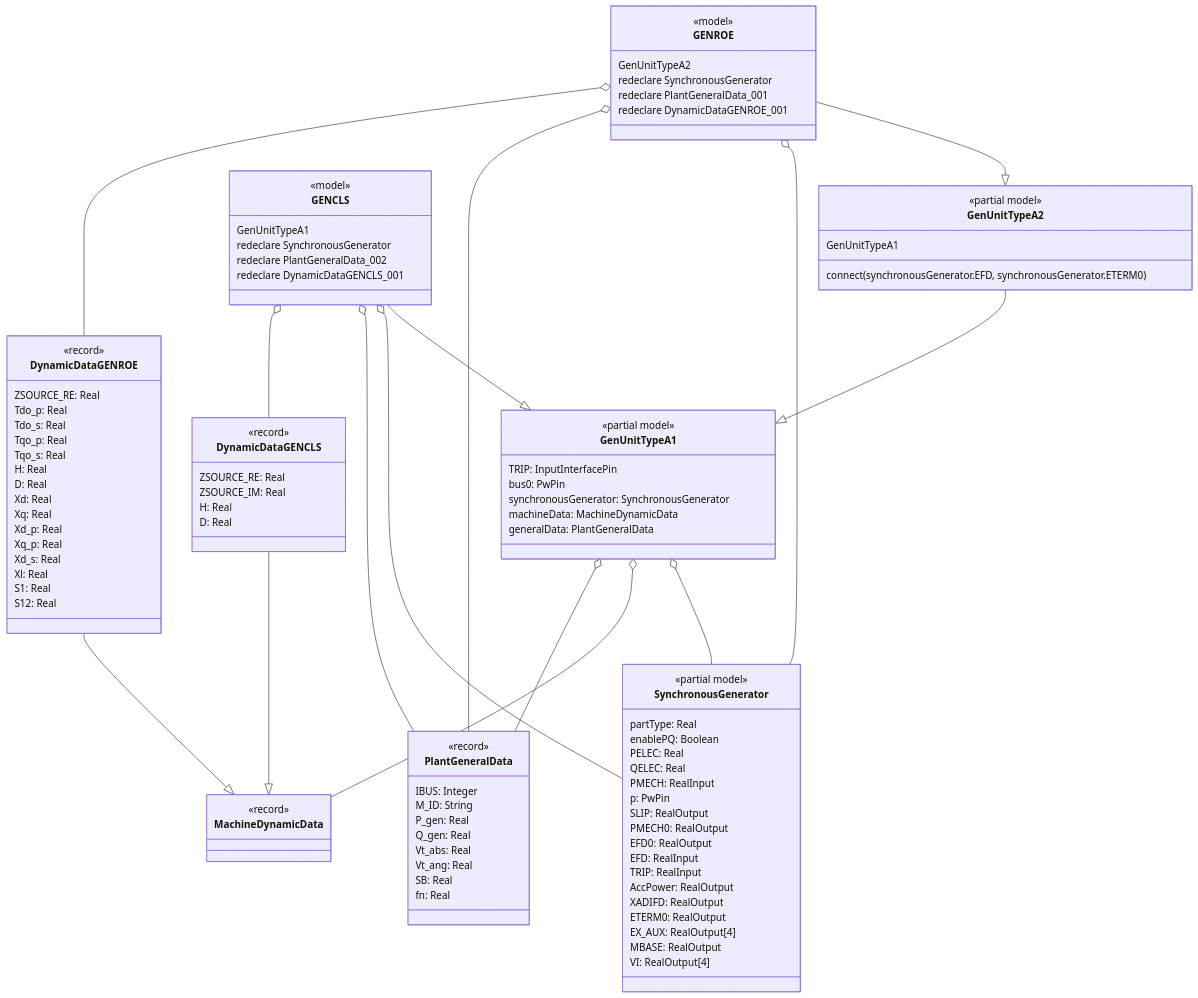
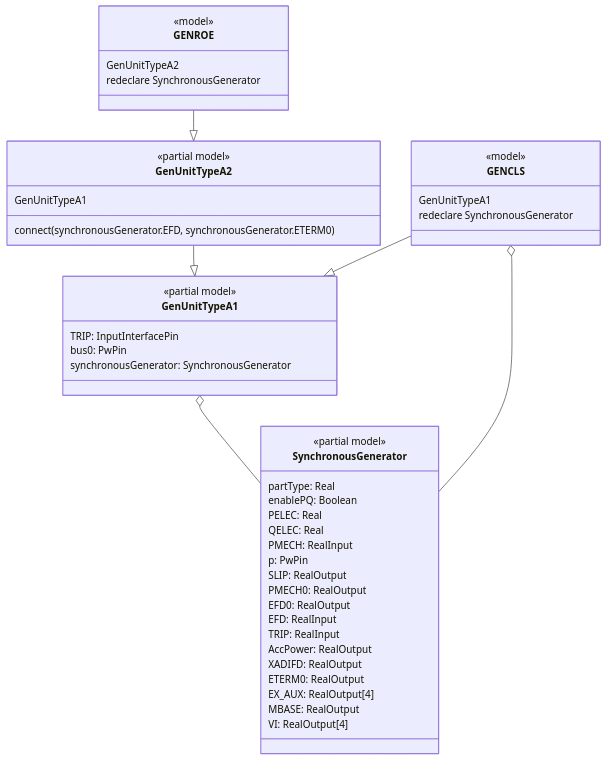
One commit to Opal-RT-Technologies/ephasorsim-modelica-library changed the first of 3 diagrams in modelica/OpalRT/docs/TypeA.md. Above: the diagram before and after it, drawn with Mermaid. The commit also changed other lines of this file and 56 other files, not shown here.

````diff
--- a/modelica/OpalRT/docs/TypeA.md
+++ b/modelica/OpalRT/docs/TypeA.md
@@ -44,47 +36,5 @@
 ```mermaid
 classDiagram
-    %% Data Records
-    class PlantGeneralData {
-        <<record>>
-        IBUS: Integer
-        M_ID: String
-        P_gen: Real
-        Q_gen: Real
-        Vt_abs: Real
-        Vt_ang: Real
-        SB: Real
-        fn: Real
-    }
-    class MachineDynamicData {
-        <<record>>
-    }
-    class DynamicDataGENCLS {
-        <<record>>
-        ZSOURCE_RE: Real
-        ZSOURCE_IM: Real
-        H: Real
-        D: Real
-    }
-    class DynamicDataGENROE {
-        <<record>>
-        ZSOURCE_RE: Real
-        Tdo_p: Real
-        Tdo_s: Real
-        Tqo_p: Real
-        Tqo_s: Real
-        H: Real
-        D: Real
-        Xd: Real
-        Xq: Real
-        Xd_p: Real
-        Xq_p: Real
-        Xd_s: Real
-        Xl: Real
-        S1: Real
-        S12: Real
-    }
-    %% ... (other DynamicData classes omitted for brevity)
-
     %% Partial Models
     class SynchronousGenerator {
         <<partial model>>
@@ -112,8 +62,6 @@
         TRIP: InputInterfacePin
         bus0: PwPin
         synchronousGenerator: SynchronousGenerator
-        machineData: MachineDynamicData
-        generalData: PlantGeneralData
     }
 
     class GenUnitTypeA2 {
@@ -127,15 +75,11 @@
         <<model>>
         GenUnitTypeA1
         redeclare SynchronousGenerator
-        redeclare PlantGeneralData_002
-        redeclare DynamicDataGENCLS_001
     }
     class GENROE {
         <<model>>
         GenUnitTypeA2
         redeclare SynchronousGenerator
-        redeclare PlantGeneralData_001
-        redeclare DynamicDataGENROE_001
     }
     %% ... (other models omitted for brevity)
 
@@ -144,14 +88,5 @@
     GENCLS --|> GenUnitTypeA1
     GENROE --|> GenUnitTypeA2
     GENCLS o-- SynchronousGenerator
-    GENCLS o-- PlantGeneralData
-    GENCLS o-- DynamicDataGENCLS
-    GENROE o-- SynchronousGenerator
-    GENROE o-- PlantGeneralData
-    GENROE o-- DynamicDataGENROE
     GenUnitTypeA1 o-- SynchronousGenerator
-    GenUnitTypeA1 o-- MachineDynamicData
-    GenUnitTypeA1 o-- PlantGeneralData
-    DynamicDataGENCLS --|> MachineDynamicData
-    DynamicDataGENROE --|> MachineDynamicData
 ```
````
